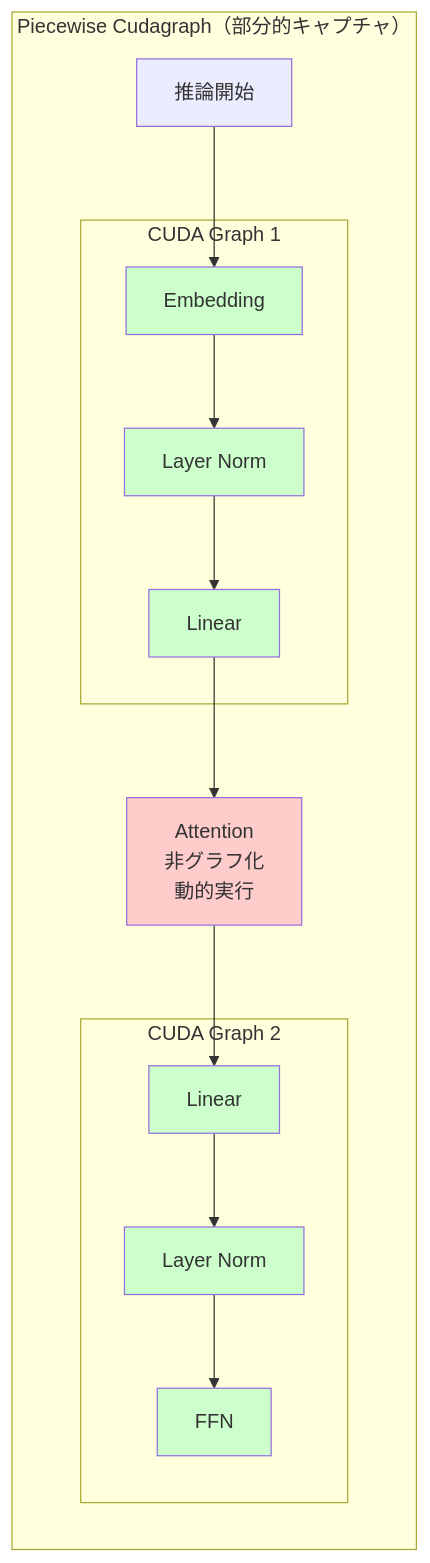
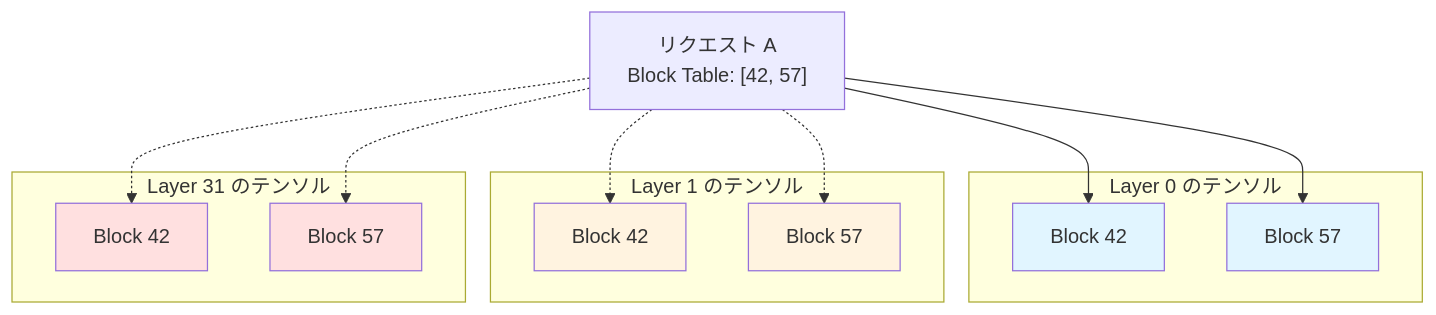
Before and after one commit to littlemex/zenn: the eighth of 11 diagrams in articles/d2ed7115cf4578.md, drawn with Mermaid. The commit also changed other lines of this file, not shown here.

````diff
--- a/articles/d2ed7115cf4578.md
+++ b/articles/d2ed7115cf4578.md
@@ -396,37 +390,33 @@
 ```mermaid
 graph TB
-    subgraph "Piecewise Cudagraph（部分的キャプチャ）"
-        direction TB
-        Start[推論開始]
+    Request["リクエスト A<br/>Block Table: [42, 57]"]
 
-        subgraph "CUDA Graph 1"
-            G1K1[Embedding]
-            G1K2[Layer Norm]
-            G1K3[Linear]
-        end
-
-        Attn[Attention<br/>非グラフ化<br/>動的実行]
-
-        subgraph "CUDA Graph 2"
-            G2K1[Linear]
-            G2K2[Layer Norm]
-            G2K3[FFN]
-        end
-
-        Start --> G1K1
-        G1K1 --> G1K2
-        G1K2 --> G1K3
-        G1K3 --> Attn
-        Attn --> G2K1
-        G2K1 --> G2K2
-        G2K2 --> G2K3
+    subgraph "Layer 0 のテンソル"
+        L0_B42["Block 42"]
+        L0_B57["Block 57"]
     end
 
-    style Attn fill: #ffcccc
-    style G1K1 fill: #ccffcc
-    style G1K2 fill: #ccffcc
-    style G1K3 fill: #ccffcc
-    style G2K1 fill: #ccffcc
-    style G2K2 fill: #ccffcc
-    style G2K3 fill: #ccffcc
+    subgraph "Layer 1 のテンソル"
+        L1_B42["Block 42"]
+        L1_B57["Block 57"]
+    end
+
+    subgraph "Layer 31 のテンソル"
+        L31_B42["Block 42"]
+        L31_B57["Block 57"]
+    end
+
+    Request --> L0_B42
+    Request --> L0_B57
+    Request -.-> L1_B42
+    Request -.-> L1_B57
+    Request -.-> L31_B42
+    Request -.-> L31_B57
+
+    style L0_B42 fill: #e1f5ff
+    style L0_B57 fill: #e1f5ff
+    style L1_B42 fill: #fff3e0
+    style L1_B57 fill: #fff3e0
+    style L31_B42 fill: #ffe0e0
+    style L31_B57 fill: #ffe0e0
 ```
````
